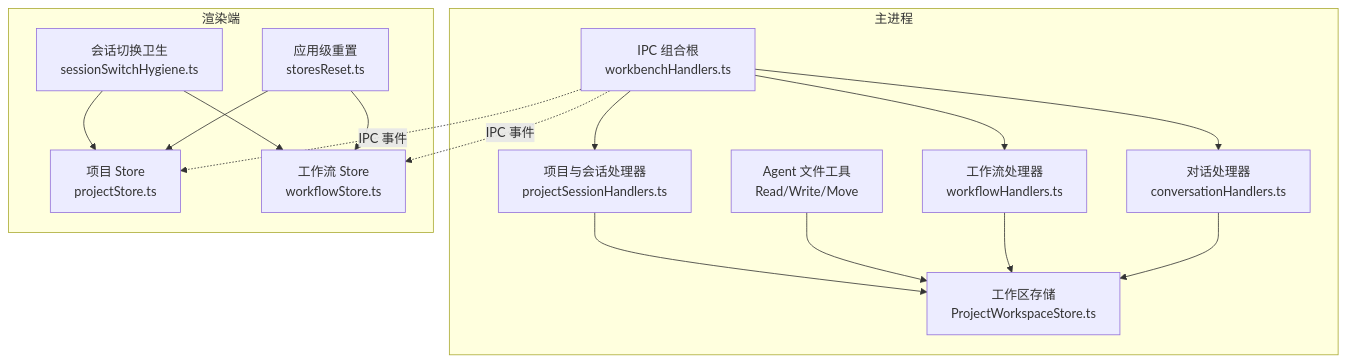
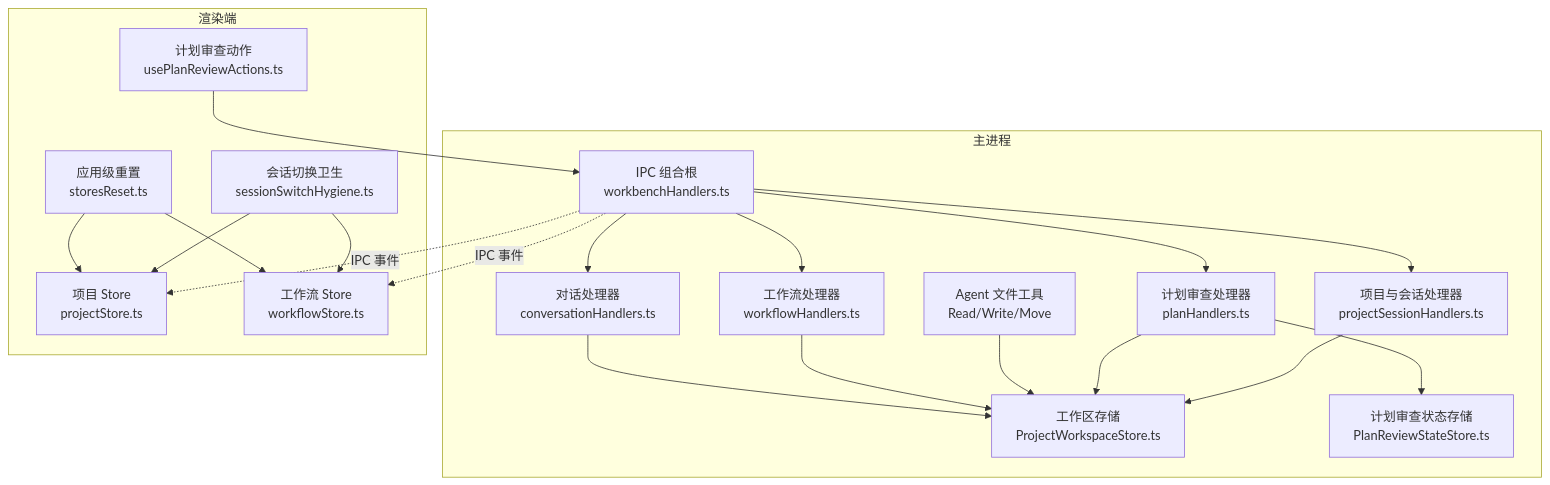
One commit to haolange/RDC-Agent changed the first of 4 diagrams in .qoder/repowiki/zh/content/API 参考/Renderer API/工作区 API.md. Above: the diagram before and after it, drawn with Mermaid. The commit also changed other lines of this file and 208 other files, not shown here.

````diff
--- a/.qoder/repowiki/zh/content/API 参考/Renderer API/工作区 API.md
+++ b/.qoder/repowiki/zh/content/API 参考/Renderer API/工作区 API.md
@@ -50,30 +67,37 @@
 ```mermaid
 graph TB
 subgraph "主进程"
 A["IPC 组合根<br/>workbenchHandlers.ts"]
 B["项目与会话处理器<br/>projectSessionHandlers.ts"]
-C["工作区存储<br/>ProjectWorkspaceStore.ts"]
-D["Agent 文件工具<br/>Read/Write/Move"]
-E["工作流处理器<br/>workflowHandlers.ts"]
-F["对话处理器<br/>conversationHandlers.ts"]
+C["计划审查处理器<br/>planHandlers.ts"]
+D["工作区存储<br/>ProjectWorkspaceStore.ts"]
+E["计划审查状态存储<br/>PlanReviewStateStore.ts"]
+F["Agent 文件工具<br/>Read/Write/Move"]
+G["工作流处理器<br/>workflowHandlers.ts"]
+H["对话处理器<br/>conversationHandlers.ts"]
 end
 subgraph "渲染端"
-G["项目 Store<br/>projectStore.ts"]
-H["工作流 Store<br/>workflowStore.ts"]
-I["会话切换卫生<br/>sessionSwitchHygiene.ts"]
-J["应用级重置<br/>storesReset.ts"]
+I["项目 Store<br/>projectStore.ts"]
+J["工作流 Store<br/>workflowStore.ts"]
+K["计划审查动作<br/>usePlanReviewActions.ts"]
+L["会话切换卫生<br/>sessionSwitchHygiene.ts"]
+M["应用级重置<br/>storesReset.ts"]
 end
 A --> B
-A --> E
-A --> F
-B --> C
-D --> C
-E --> C
-F --> C
-A -.IPC 事件.-> G
-A -.IPC 事件.-> H
-I --> G
-I --> H
-J --> G
-J --> H
+A --> C
+A --> G
+A --> H
+B --> D
+C --> E
+C --> D
+F --> D
+G --> D
+H --> D
+A -.IPC 事件.-> I
+A -.IPC 事件.-> J
+K --> A
+L --> I
+L --> J
+M --> I
+M --> J
 ```
````
